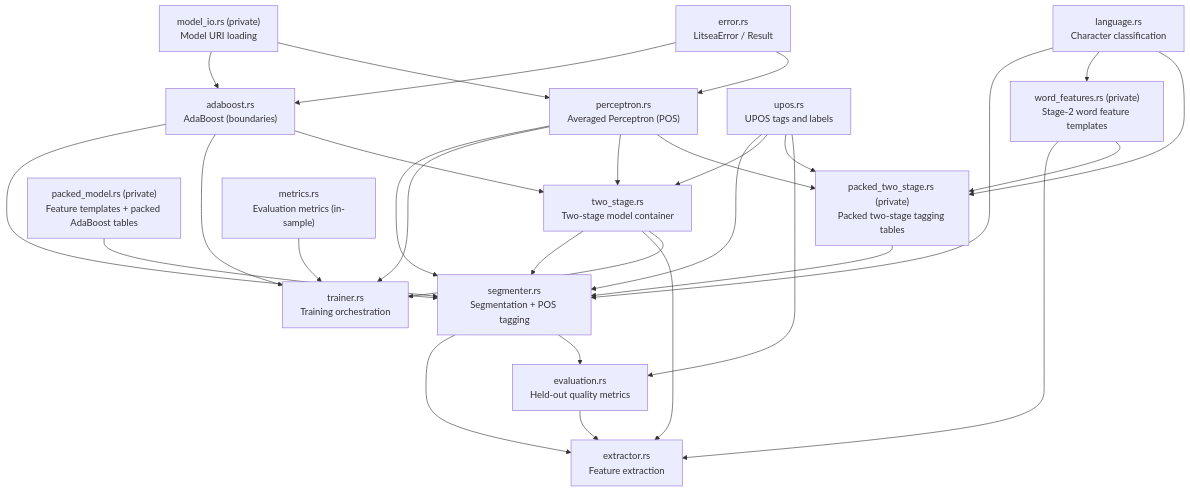
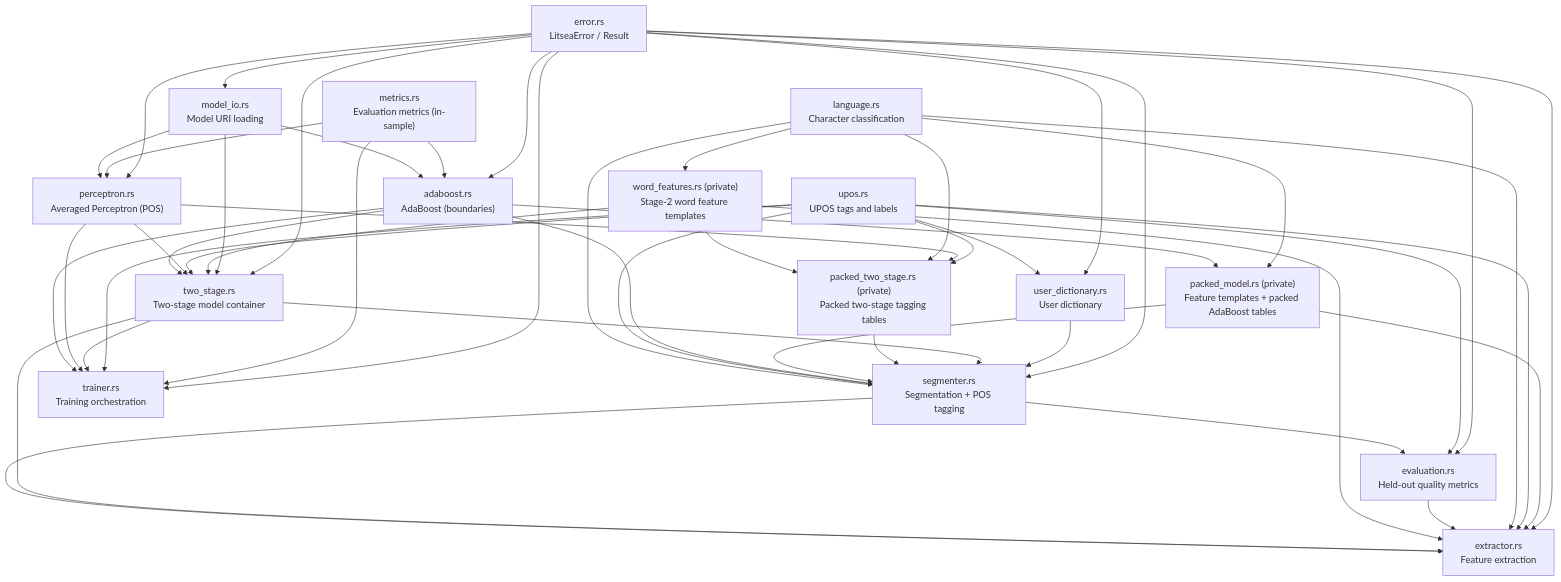
One commit to mosuka/litsea changed the diagram in docs/src/architecture/module-design.md. Above: the diagram before and after it, drawn with Mermaid. The commit also changed other lines of this file and 85 other files, not shown here.

````diff
--- a/docs/src/architecture/module-design.md
+++ b/docs/src/architecture/module-design.md
@@ -7,48 +9,67 @@
 ```mermaid
 graph TD
     language["language.rs<br/>Character classification"]
     segmenter["segmenter.rs<br/>Segmentation + POS tagging"]
     adaboost["adaboost.rs<br/>AdaBoost (boundaries)"]
     perceptron["perceptron.rs<br/>Averaged Perceptron (POS)"]
     upos["upos.rs<br/>UPOS tags and labels"]
     extractor["extractor.rs<br/>Feature extraction"]
     trainer["trainer.rs<br/>Training orchestration"]
     two_stage["two_stage.rs<br/>Two-stage model container"]
+    user_dictionary["user_dictionary.rs<br/>User dictionary"]
     word_features["word_features.rs (private)<br/>Stage-2 word feature templates"]
     packed_model["packed_model.rs (private)<br/>Feature templates + packed AdaBoost tables"]
     packed_two_stage["packed_two_stage.rs (private)<br/>Packed two-stage tagging tables"]
-    model_io["model_io.rs (private)<br/>Model URI loading"]
+    model_io["model_io.rs<br/>Model URI loading"]
     error["error.rs<br/>LitseaError / Result"]
     metrics["metrics.rs<br/>Evaluation metrics (in-sample)"]
     evaluation["evaluation.rs<br/>Held-out quality metrics"]
 
     language --> segmenter
     upos --> segmenter
     adaboost --> segmenter
-    perceptron --> segmenter
     packed_model --> segmenter
     packed_two_stage --> segmenter
     two_stage --> segmenter
+    user_dictionary --> segmenter
     segmenter --> extractor
     two_stage --> extractor
     word_features --> extractor
     evaluation --> extractor
+    language --> extractor
+    upos --> extractor
+    packed_model --> extractor
     adaboost --> trainer
     perceptron --> trainer
     two_stage --> trainer
+    upos --> trainer
     adaboost --> two_stage
     perceptron --> two_stage
     upos --> two_stage
+    word_features --> two_stage
+    model_io --> two_stage
     language --> word_features
     word_features --> packed_two_stage
     language --> packed_two_stage
     perceptron --> packed_two_stage
     upos --> packed_two_stage
+    adaboost --> packed_model
+    language --> packed_model
+    upos --> user_dictionary
     model_io --> adaboost
     model_io --> perceptron
-    error --> adaboost
-    error --> perceptron
+    metrics --> adaboost
+    metrics --> perceptron
     metrics --> trainer
     segmenter --> evaluation
     upos --> evaluation
+    error --> adaboost
+    error --> perceptron
+    error --> segmenter
+    error --> extractor
+    error --> evaluation
+    error --> trainer
+    error --> two_stage
+    error --> model_io
+    error --> user_dictionary
 ```
````
